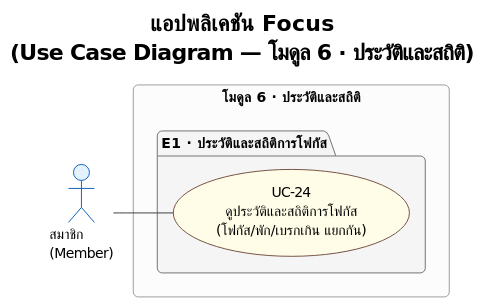
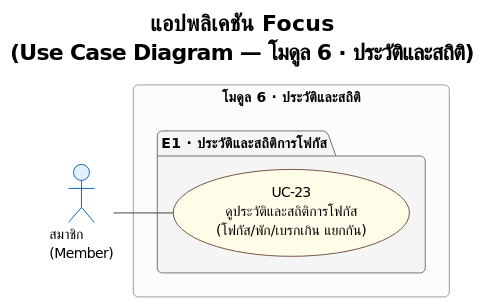
The diagram in proposal/usecase/usecase_module6.puml (popotaroman-cloud/dssiprj-pad), drawn with PlantUML before and after one commit. The commit also changed other lines of this file and 46 other files, not shown here.

```diff
--- a/proposal/usecase/usecase_module6.puml
+++ b/proposal/usecase/usecase_module6.puml
@@ -4,40 +4,40 @@
 @startuml usecase_module6
 !theme plain
 skinparam defaultFontName TH Sarabun New
 skinparam defaultFontSize 14
 skinparam roundcorner 10
 
 skinparam usecase {
   BackgroundColor #FFFDE7
   BorderColor #795548
 }
 skinparam actor {
   BackgroundColor #E3F2FD
   BorderColor #1565C0
 }
 skinparam package {
   BackgroundColor #F5F5F5
   BorderColor #757575
   FontStyle bold
 }
 skinparam rectangle {
   BackgroundColor #FCFCFC
   BorderColor #9E9E9E
 }
 skinparam ArrowColor #424242
 
 title <b>แอปพลิเคชัน Focus</b>\n(Use Case Diagram — โมดูล 6 · ประวัติและสถิติ)
 
 left to right direction
 
 actor "สมาชิก\n(Member)" as Member
 
 rectangle "โมดูล 6 · ประวัติและสถิติ" {
   package "E1 · ประวัติและสถิติการโฟกัส" {
-    usecase "UC-24\nดูประวัติและสถิติการโฟกัส\n(โฟกัส/พัก/เบรกเกิน แยกกัน)" as UC24
+    usecase "UC-23\nดูประวัติและสถิติการโฟกัส\n(โฟกัส/พัก/เบรกเกิน แยกกัน)" as UC23
   }
 }
 
-Member -- UC24
+Member -- UC23
 
 @enduml
```
